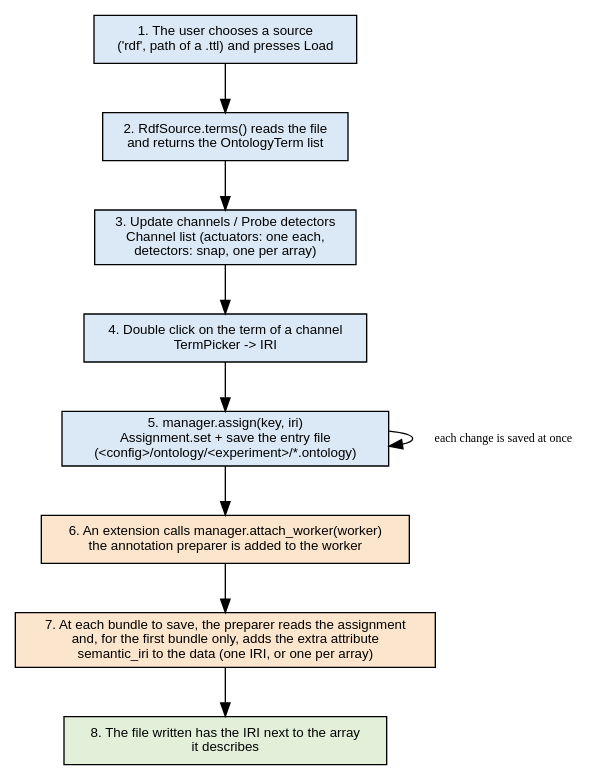
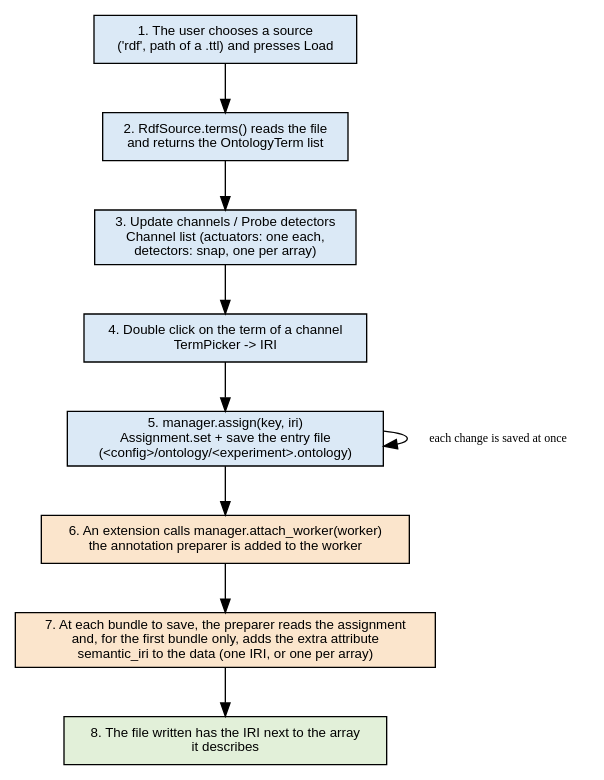
One commit to PyMoDAQ/PyMoDAQ changed the fifth of 5 diagrams in docs/src/developer_folder/ontology_manager.rst. Above: the diagram before and after it, drawn with Graphviz. The commit also changed 2 other files, not shown here.

Commit message:
pymodaq_ontology: the entry file is named after the experiment, in one flat folder
Claude-Session: https://claude.ai/code/session_01RKuN81mHyjs9x4DB6NLuNY

```diff
--- a/docs/src/developer_folder/ontology_manager.rst
+++ b/docs/src/developer_folder/ontology_manager.rst
@@ -238,16 +238,16 @@
 .. graphviz::
    :caption: Life of an assignment
 
    digraph flow {
      rankdir=TB; node [shape=box, style=filled, fillcolor="#dbe9f6", fontname="Helvetica", fontsize=10];
      a [label="1. The user chooses a source\n('rdf', path of a .ttl) and presses Load"];
      b [label="2. RdfSource.terms() reads the file\nand returns the OntologyTerm list"];
      c [label="3. Update channels / Probe detectors\nChannel list (actuators: one each,\ndetectors: snap, one per array)"];
      d [label="4. Double click on the term of a channel\nTermPicker -> IRI"];
-     e [label="5. manager.assign(key, iri)\nAssignment.set + save the entry file\n(<config>/ontology/<experiment>/*.ontology)"];
+     e [label="5. manager.assign(key, iri)\nAssignment.set + save the entry file\n(<config>/ontology/<experiment>.ontology)"];
      f [label="6. An extension calls manager.attach_worker(worker)\nthe annotation preparer is added to the worker", fillcolor="#fbe5cc"];
      g [label="7. At each bundle to save, the preparer reads the assignment\nand, for the first bundle only, adds the extra attribute\nsemantic_iri to the data (one IRI, or one per array)", fillcolor="#fbe5cc"];
      h [label="8. The file written has the IRI next to the array\nit describes", fillcolor="#e2f0d9"];
      a -> b -> c -> d -> e -> f -> g -> h;
      e -> e [label="each change is saved at once", fontsize=9];
    }
```
